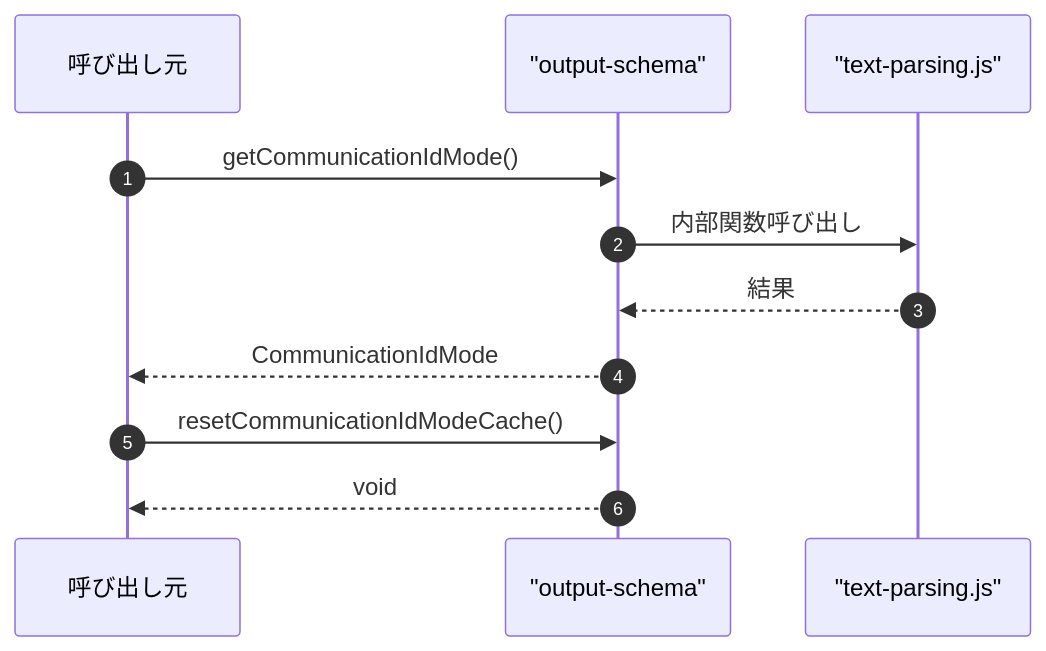
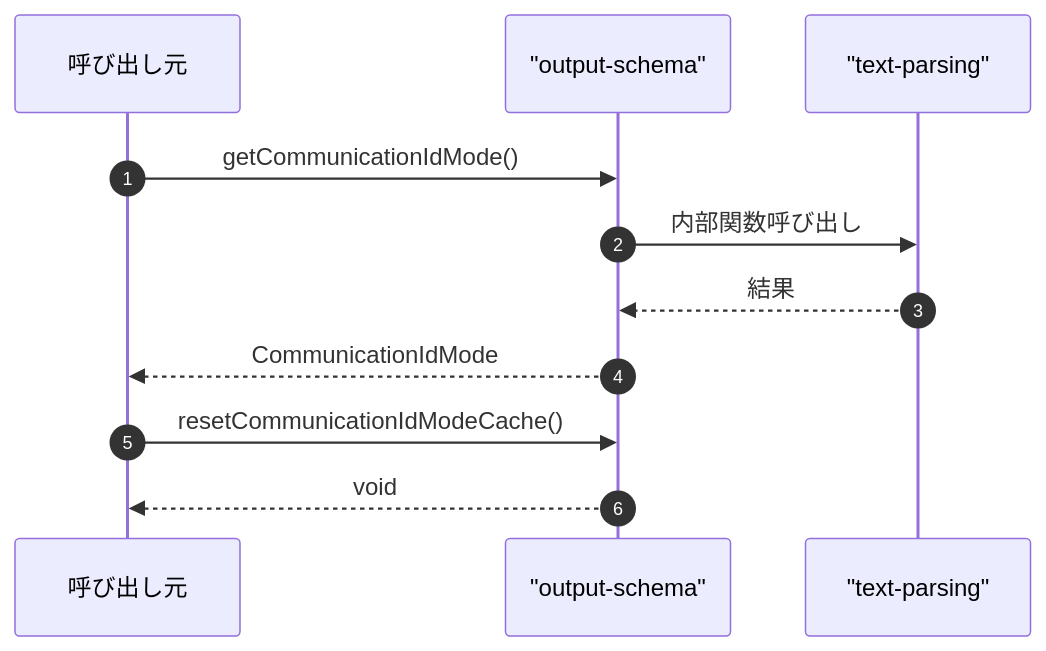
One commit to Mekann2904/mekann changed the fourth of 4 diagrams in ABDD/.pi/lib/output-schema.md. Above: the diagram before and after it, drawn with Mermaid. The commit also changed other lines of this file and 174 other files, not shown here.

First line of the commit message:
fix(docs): ABDDのMermaid図生成エラーを修正する

````diff
--- a/ABDD/.pi/lib/output-schema.md
+++ b/ABDD/.pi/lib/output-schema.md
@@ -122,15 +122,15 @@
 ```mermaid
 sequenceDiagram
   autonumber
   participant Caller as 呼び出し元
   participant output_schema as "output-schema"
-  participant text_parsing_js as "text-parsing.js"
+  participant text_parsing as "text-parsing"
 
   Caller->>output_schema: getCommunicationIdMode()
-  output_schema->>text_parsing_js: 内部関数呼び出し
-  text_parsing_js-->>output_schema: 結果
+  output_schema->>text_parsing: 内部関数呼び出し
+  text_parsing-->>output_schema: 結果
   output_schema-->>Caller: CommunicationIdMode
 
   Caller->>output_schema: resetCommunicationIdModeCache()
   output_schema-->>Caller: void
 ```
````
